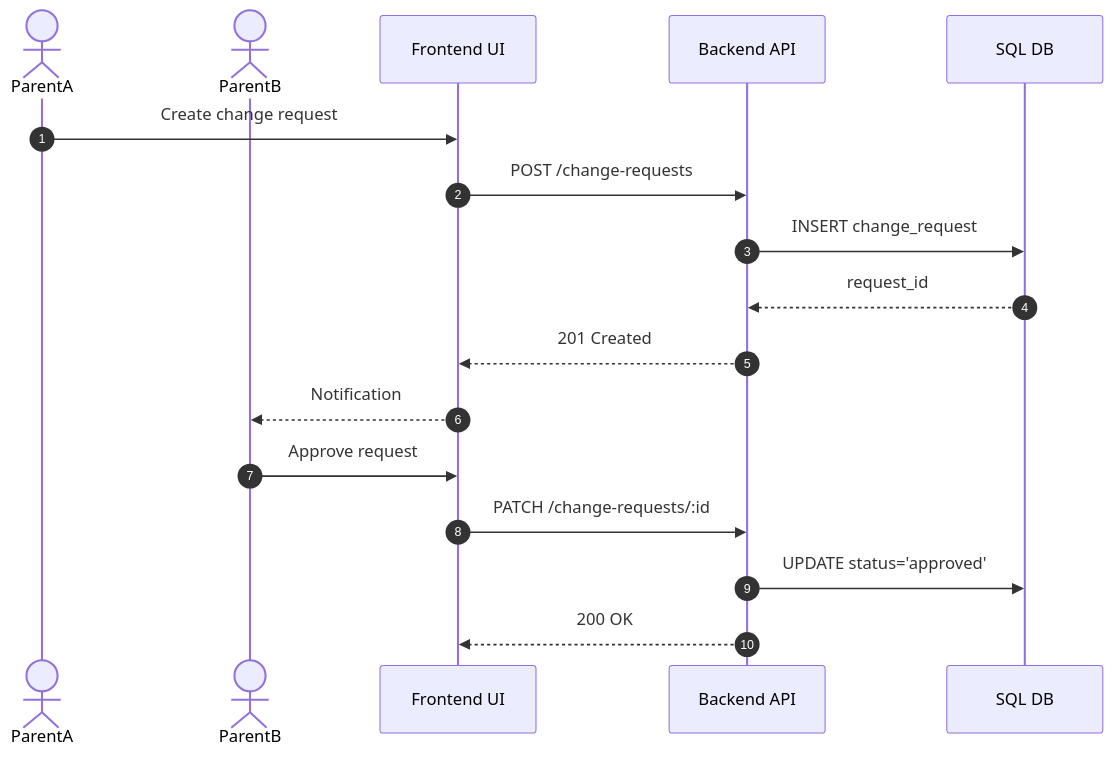
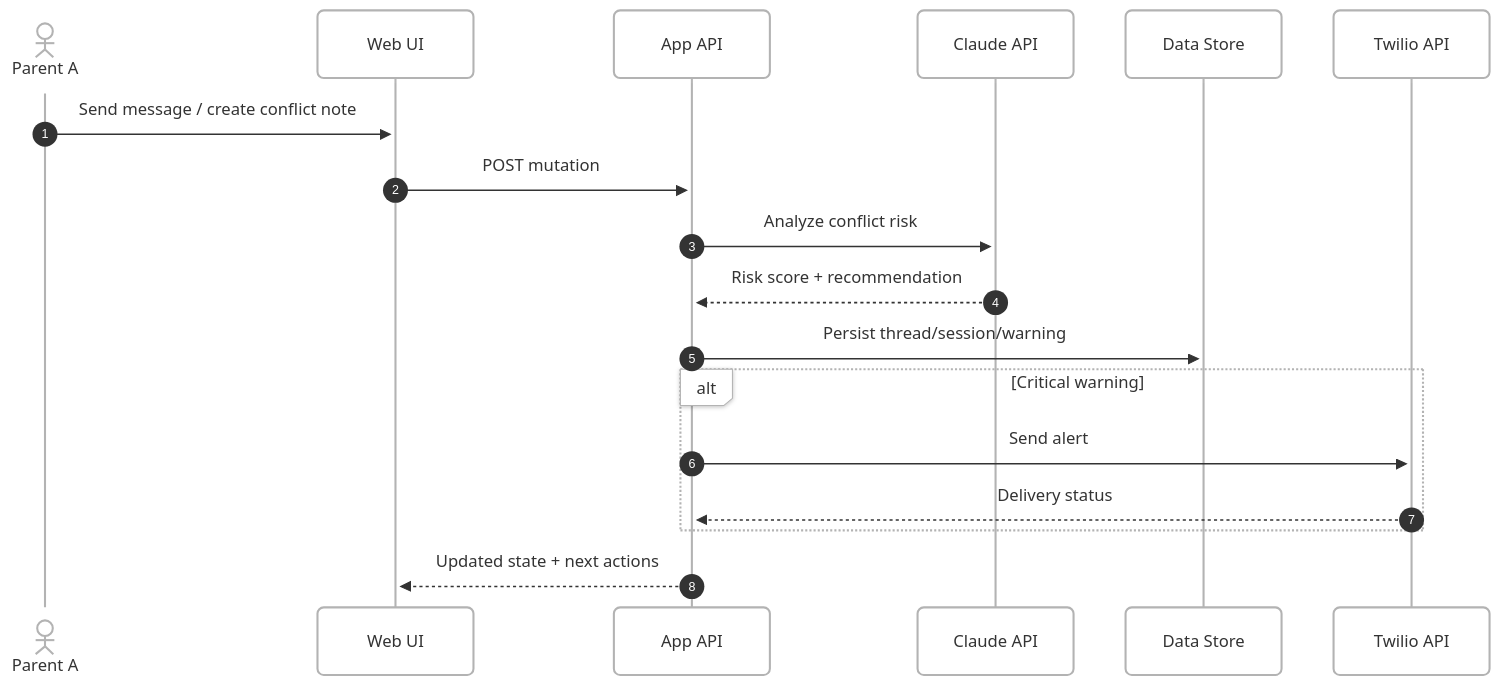
Before and after one commit to Kapum357/KidSchedule: the third of 6 diagrams in README.md, drawn with Mermaid. The commit also changed other lines of this file and 25 other files, not shown here.

````diff
--- a/README.md
+++ b/README.md
@@ -202,20 +255,26 @@
 ```mermaid
+---
+config:
+  look: neo
+  theme: neo
+---
 sequenceDiagram
-		autonumber
-		actor ParentA
-		actor ParentB
-		participant UI as Frontend UI
-		participant API as Backend API
-		participant DB as SQL DB
+  autonumber
+  actor P1 as Parent A
+  participant UI as Web UI
+  participant API as App API
+  participant CL as Claude API
+  participant DB as Data Store
+  participant TW as Twilio API
 
-		ParentA->>UI: Create change request
-		UI->>API: POST /change-requests
-		API->>DB: INSERT change_request
-		DB-->>API: request_id
-		API-->>UI: 201 Created
-		UI-->>ParentB: Notification
-		ParentB->>UI: Approve request
-		UI->>API: PATCH /change-requests/:id
-		API->>DB: UPDATE status='approved'
-		API-->>UI: 200 OK
+P1->>UI: Send message / create conflict note
+UI->>API: POST mutation
+API->>CL: Analyze conflict risk
+CL-->>API: Risk score + recommendation
+API->>DB: Persist thread/session/warning
+alt Critical warning
+  API->>TW: Send alert
+  TW-->>API: Delivery status
+end
+API-->>UI: Updated state + next actions
 ```
````
